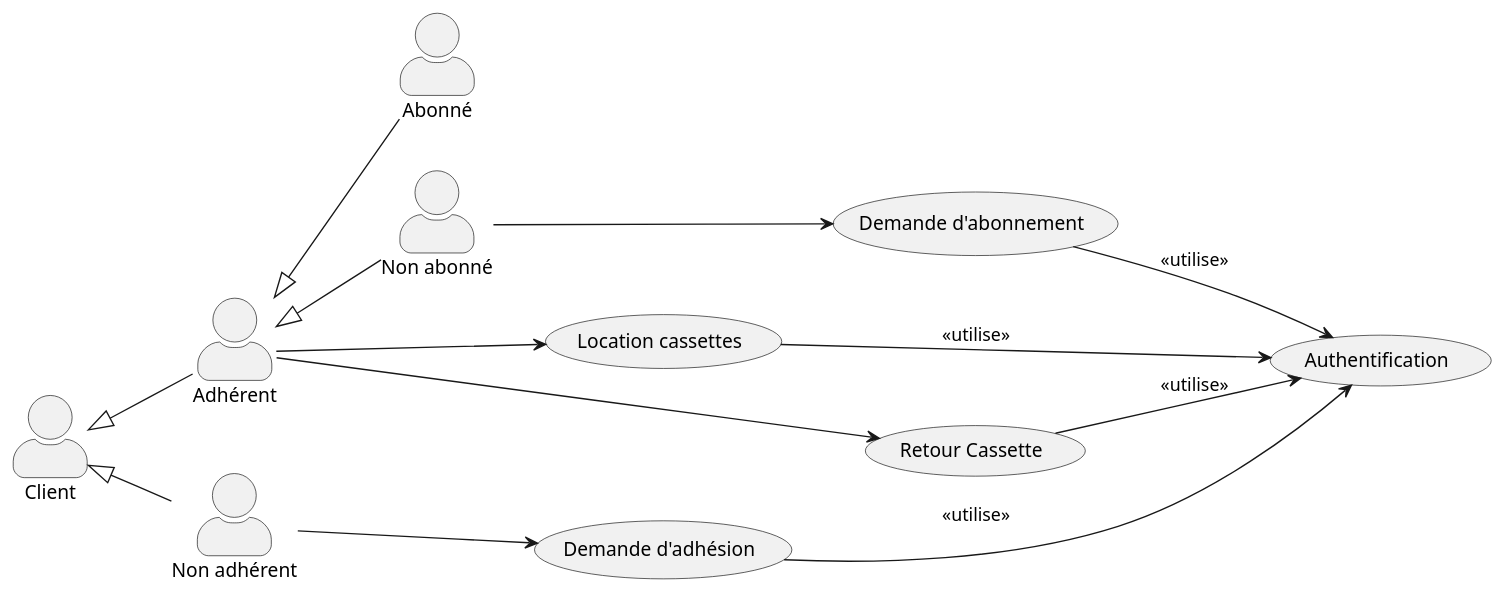
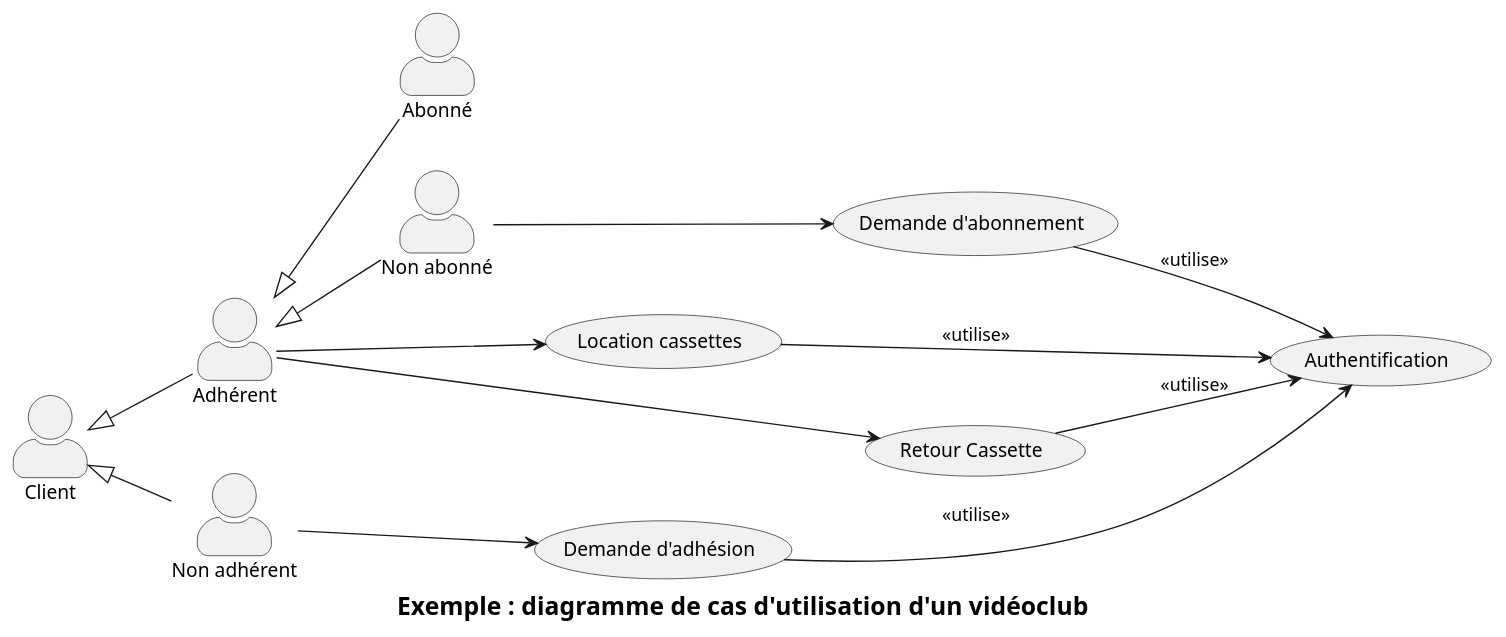
The fifth of 9 diagrams in src/pages/cours/ddd/ddd-cours.md (tavenel/website), drawn with PlantUML before and after one commit. The commit also changed other lines of this file and 22 other files, not shown here.

Commit message:
astro: plantuml and cleanup all diagrams

````diff
--- a/src/pages/cours/ddd/ddd-cours.md
+++ b/src/pages/cours/ddd/ddd-cours.md
@@ -590,27 +590,32 @@
 ```plantuml
 @startuml
+
+caption
+= Exemple : diagramme de cas d'utilisation d'un vidéoclub
+endcaption
+
 left to right direction
 skinparam actorStyle awesome
 
 actor Adhérent as adherent
 actor "Non adhérent" as nadherent
 Client <|-- adherent
 Client <|-- nadherent
 
 actor "Abonné" as abo
 actor "Non abonné" as nabo
 adherent <|-- abo
 adherent <|-- nabo
 
 nadherent --> (Demande d'adhésion)
 adherent --> (Location cassettes)
 adherent --> (Retour Cassette)
 nabo --> (Demande d'abonnement)
 
 (Demande d'adhésion) --> (Authentification) : <<utilise>>
 (Location cassettes) --> (Authentification) : <<utilise>>
 (Retour Cassette) --> (Authentification) : <<utilise>>
 (Demande d'abonnement) --> (Authentification) : <<utilise>>
 
 @enduml
 ```
````
